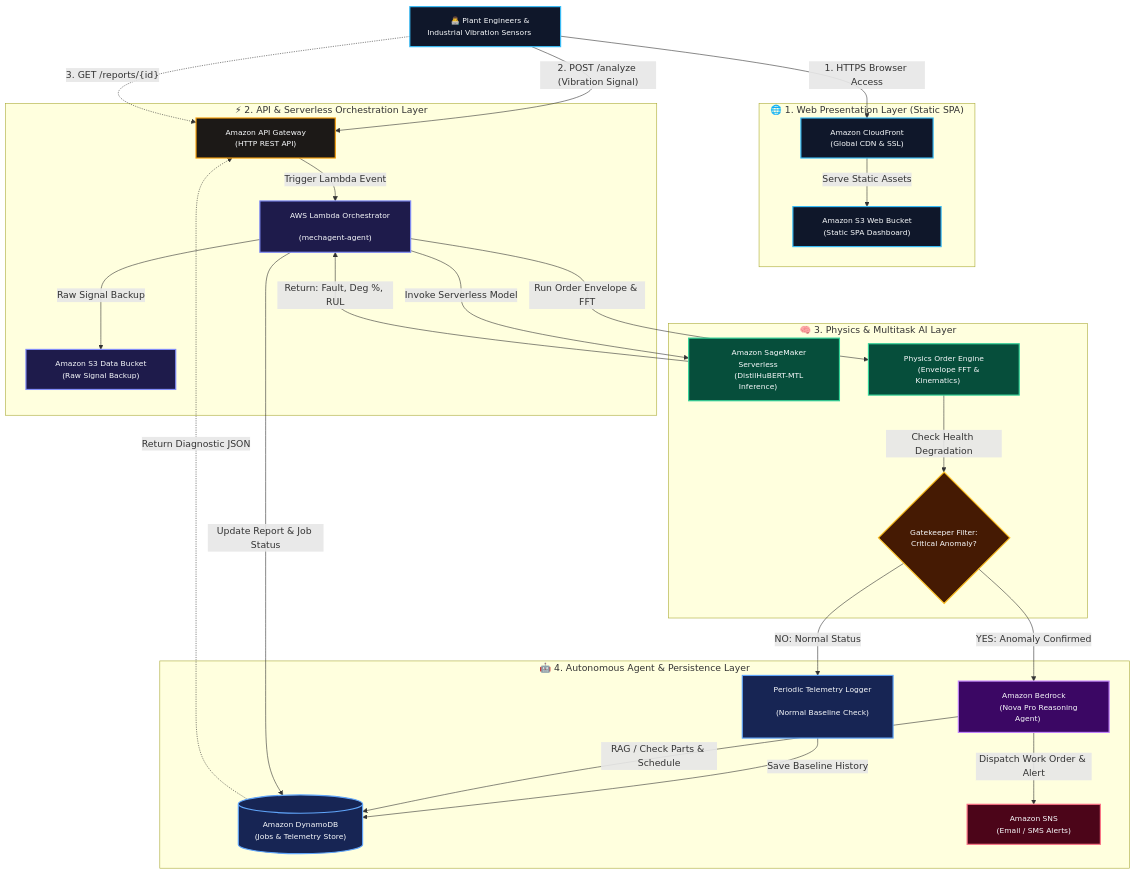
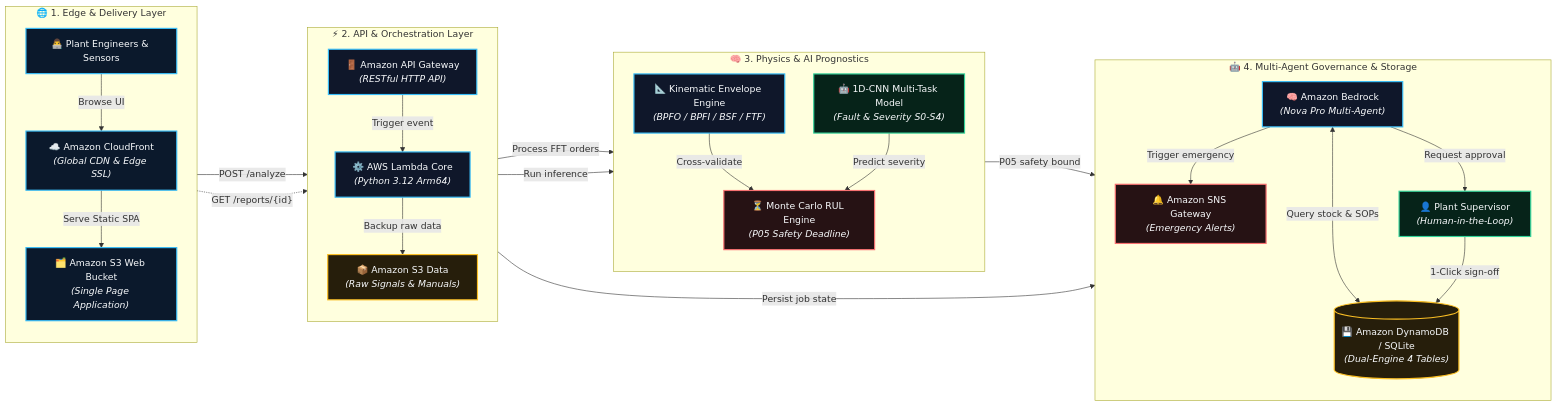
One commit to AungMoonLord/Predictive-Maintenance-Using-Vibration-Data changed the diagram in PRESENTATION.md. Above: the diagram before and after it, drawn with Mermaid. The commit also changed 1 other file, not shown here.

Commit message:
docs: overhaul diagrams in PRESENTATION.md and README.md with clean modern visual architecture

````diff
--- a/PRESENTATION.md
+++ b/PRESENTATION.md
@@ -82,74 +82,62 @@
 ```mermaid
-flowchart TD
-    %% Top Level Client
-    User["&nbsp;&nbsp;&nbsp;&nbsp; 👨‍💻 Plant Engineers & Industrial Vibration Sensors &nbsp;&nbsp;&nbsp;&nbsp;"]
+flowchart LR
+    %% Modern Pastel & High-Contrast Palette
+    classDef clientClass fill:#0B192C,stroke:#38BDF8,stroke-width:2px,color:#F8FAFC;
+    classDef computeClass fill:#0F172A,stroke:#38BDF8,stroke-width:2px,color:#F8FAFC;
+    classDef aiClass fill:#062319,stroke:#34D399,stroke-width:2px,color:#F8FAFC;
+    classDef dangerClass fill:#261214,stroke:#F87171,stroke-width:2px,color:#F8FAFC;
+    classDef storageClass fill:#261E0B,stroke:#FBBF24,stroke-width:2px,color:#F8FAFC;
 
-    %% Parallel Subgraphs
-    subgraph FrontendGroup ["&nbsp;&nbsp; 🌐 1. Web Presentation Layer (Static SPA) &nbsp;&nbsp;"]
-        CF["&nbsp;&nbsp;&nbsp;&nbsp; Amazon CloudFront &nbsp;&nbsp;&nbsp;&nbsp;<br/>&nbsp;&nbsp;&nbsp;&nbsp; (Global CDN & SSL) &nbsp;&nbsp;&nbsp;&nbsp;"]
-        S3Web["&nbsp;&nbsp;&nbsp;&nbsp; Amazon S3 Web Bucket &nbsp;&nbsp;&nbsp;&nbsp;<br/>&nbsp;&nbsp;&nbsp;&nbsp; (Static SPA Dashboard) &nbsp;&nbsp;&nbsp;&nbsp;"]
+    %% Layer 1: Edge & Presentation
+    subgraph L1 ["🌐 1. Edge & Delivery Layer"]
+        direction TB
+        USER["👨‍💻 Plant Engineers & Sensors"]:::clientClass
+        CF["☁️ Amazon CloudFront<br/><i>(Global CDN & Edge SSL)</i>"]:::clientClass
+        S3W["🗂️ Amazon S3 Web Bucket<br/><i>(Single Page Application)</i>"]:::clientClass
+        USER -->|"Browse UI"| CF
+        CF -->|"Serve Static SPA"| S3W
     end
 
-    subgraph IngestionGroup ["&nbsp;&nbsp; ⚡ 2. API & Serverless Orchestration Layer &nbsp;&nbsp;"]
-        APIGW["&nbsp;&nbsp;&nbsp;&nbsp; Amazon API Gateway &nbsp;&nbsp;&nbsp;&nbsp;<br/>&nbsp;&nbsp;&nbsp;&nbsp; (HTTP REST API) &nbsp;&nbsp;&nbsp;&nbsp;"]
-        Lambda["&nbsp;&nbsp;&nbsp;&nbsp; AWS Lambda Orchestrator &nbsp;&nbsp;&nbsp;&nbsp;<br/>&nbsp;&nbsp;&nbsp;&nbsp; (mechagent-agent) &nbsp;&nbsp;&nbsp;&nbsp;"]
-        S3Data["&nbsp;&nbsp;&nbsp;&nbsp; Amazon S3 Data Bucket &nbsp;&nbsp;&nbsp;&nbsp;<br/>&nbsp;&nbsp;&nbsp;&nbsp; (Raw Signal Backup) &nbsp;&nbsp;&nbsp;&nbsp;"]
+    %% Layer 2: API & Orchestration
+    subgraph L2 ["⚡ 2. API & Orchestration Layer"]
+        direction TB
+        API["🚪 Amazon API Gateway<br/><i>(RESTful HTTP API)</i>"]:::computeClass
+        LAM["⚙️ AWS Lambda Core<br/><i>(Python 3.12 Arm64)</i>"]:::computeClass
+        S3D["📦 Amazon S3 Data<br/><i>(Raw Signals & Manuals)</i>"]:::storageClass
+        API -->|"Trigger event"| LAM
+        LAM -->|"Backup raw data"| S3D
     end
 
-    subgraph IntelligenceGroup ["&nbsp;&nbsp; 🧠 3. Physics & Multitask AI Layer &nbsp;&nbsp;"]
-        SM["&nbsp;&nbsp;&nbsp;&nbsp; Amazon SageMaker Serverless &nbsp;&nbsp;&nbsp;&nbsp;<br/>&nbsp;&nbsp;&nbsp;&nbsp; (DistilHuBERT-MTL Inference) &nbsp;&nbsp;&nbsp;&nbsp;"]
-        Physics["&nbsp;&nbsp;&nbsp;&nbsp; Physics Order Engine &nbsp;&nbsp;&nbsp;&nbsp;<br/>&nbsp;&nbsp;&nbsp;&nbsp; (Envelope FFT & Kinematics) &nbsp;&nbsp;&nbsp;&nbsp;"]
-        Gate{"&nbsp;&nbsp;&nbsp;&nbsp; Gatekeeper Filter: &nbsp;&nbsp;&nbsp;&nbsp;<br/>&nbsp;&nbsp;&nbsp;&nbsp; Critical Anomaly? &nbsp;&nbsp;&nbsp;&nbsp;"}
+    USER -->|"POST /analyze"| API
+
+    %% Layer 3: Physics & AI Prognostics
+    subgraph L3 ["🧠 3. Physics & AI Prognostics"]
+        direction TB
+        PHY["📐 Kinematic Envelope Engine<br/><i>(BPFO / BPFI / BSF / FTF)</i>"]:::computeClass
+        MTL["🤖 1D-CNN Multi-Task Model<br/><i>(Fault & Severity S0-S4)</i>"]:::aiClass
+        RUL["⏳ Monte Carlo RUL Engine<br/><i>(P05 Safety Deadline)</i>"]:::dangerClass
+        PHY -->|"Cross-validate"| RUL
+        MTL -->|"Predict severity"| RUL
     end
 
-    subgraph StorageAgentGroup ["&nbsp;&nbsp; 🤖 4. Autonomous Agent & Persistence Layer &nbsp;&nbsp;"]
-        Bedrock["&nbsp;&nbsp;&nbsp;&nbsp; Amazon Bedrock &nbsp;&nbsp;&nbsp;&nbsp;<br/>&nbsp;&nbsp;&nbsp;&nbsp; (Nova Pro Reasoning Agent) &nbsp;&nbsp;&nbsp;&nbsp;"]
-        DDB[("&nbsp;&nbsp;&nbsp;&nbsp; Amazon DynamoDB &nbsp;&nbsp;&nbsp;&nbsp;<br/>&nbsp;&nbsp;&nbsp;&nbsp; (Jobs & Telemetry Store) &nbsp;&nbsp;&nbsp;&nbsp;")]
-        SNS["&nbsp;&nbsp;&nbsp;&nbsp; Amazon SNS &nbsp;&nbsp;&nbsp;&nbsp;<br/>&nbsp;&nbsp;&nbsp;&nbsp; (Email / SMS Alerts) &nbsp;&nbsp;&nbsp;&nbsp;"]
-        SaveNormal["&nbsp;&nbsp;&nbsp;&nbsp; Periodic Telemetry Logger &nbsp;&nbsp;&nbsp;&nbsp;<br/>&nbsp;&nbsp;&nbsp;&nbsp; (Normal Baseline Check) &nbsp;&nbsp;&nbsp;&nbsp;"]
+    LAM -->|"Process FFT orders"| PHY
+    LAM -->|"Run inference"| MTL
+
+    %% Layer 4: Autonomous Governance & Persistence
+    subgraph L4 ["🤖 4. Multi-Agent Governance & Storage"]
+        direction TB
+        BED["🧠 Amazon Bedrock<br/><i>(Nova Pro Multi-Agent)</i>"]:::computeClass
+        DDB[("💾 Amazon DynamoDB / SQLite<br/><i>(Dual-Engine 4 Tables)</i>")]:::storageClass
+        SNS["🔔 Amazon SNS Gateway<br/><i>(Emergency Alerts)</i>"]:::dangerClass
+        HITL["👤 Plant Supervisor<br/><i>(Human-in-the-Loop)</i>"]:::aiClass
+
+        BED <-->|"Query stock & SOPs"| DDB
+        BED -->|"Trigger emergency"| SNS
+        BED -->|"Request approval"| HITL
+        HITL -->|"1-Click sign-off"| DDB
     end
 
-    %% Edge Connections
-    User -->|"1. HTTPS Browser Access"| CF
-    CF -->|"Serve Static Assets"| S3Web
-
-    User -->|"2. POST /analyze (Vibration Signal)"| APIGW
-    APIGW -->|"Trigger Lambda Event"| Lambda
-
-    Lambda -->|"Raw Signal Backup"| S3Data
-    Lambda -->|"Invoke Serverless Model"| SM
-    SM -->|"Return: Fault, Deg %, RUL"| Lambda
-
-    Lambda -->|"Run Order Envelope & FFT"| Physics
-    Physics -->|"Check Health Degradation"| Gate
-
-    Gate -->|"YES: Anomaly Confirmed"| Bedrock
-    Gate -->|"NO: Normal Status"| SaveNormal
-    SaveNormal -->|"Save Baseline History"| DDB
-
-    Bedrock -->|"RAG / Check Parts & Schedule"| DDB
-    Bedrock -->|"Dispatch Work Order & Alert"| SNS
-    Lambda -->|"Update Report & Job Status"| DDB
-
-    User -.->|"3. GET /reports/{id}"| APIGW
-    DDB -.->|"Return Diagnostic JSON"| APIGW
-
-    %% Styling & Colors with 13px font to prevent clipping
-    classDef edgeStyle fill:#0F172A,stroke:#38BDF8,stroke-width:2px,color:#F8FAFC,font-size:13px;
-    classDef apiStyle fill:#1C1917,stroke:#F59E0B,stroke-width:2px,color:#F8FAFC,font-size:13px;
-    classDef computeStyle fill:#1E1B4B,stroke:#818CF8,stroke-width:2px,color:#F8FAFC,font-size:13px;
-    classDef aiStyle fill:#064E3B,stroke:#34D399,stroke-width:2px,color:#F8FAFC,font-size:13px;
-    classDef gateStyle fill:#451A03,stroke:#FBBF24,stroke-width:2px,color:#F8FAFC,font-size:13px;
-    classDef bedrockStyle fill:#3B0764,stroke:#C084FC,stroke-width:2px,color:#F8FAFC,font-size:13px;
-    classDef ddbStyle fill:#172554,stroke:#60A5FA,stroke-width:2px,color:#F8FAFC,font-size:13px;
-    classDef alertStyle fill:#4C0519,stroke:#FB7185,stroke-width:2px,color:#F8FAFC,font-size:13px;
-
-    class User,CF,S3Web edgeStyle;
-    class APIGW apiStyle;
-    class Lambda,S3Data computeStyle;
-    class SM,Physics aiStyle;
-    class Gate gateStyle;
-    class Bedrock bedrockStyle;
-    class DDB,SaveNormal ddbStyle;
-    class SNS alertStyle;
+    RUL -->|"P05 safety bound"| BED
+    LAM -->|"Persist job state"| DDB
+    USER -.->|"GET /reports/{id}"| API
 ```
````
